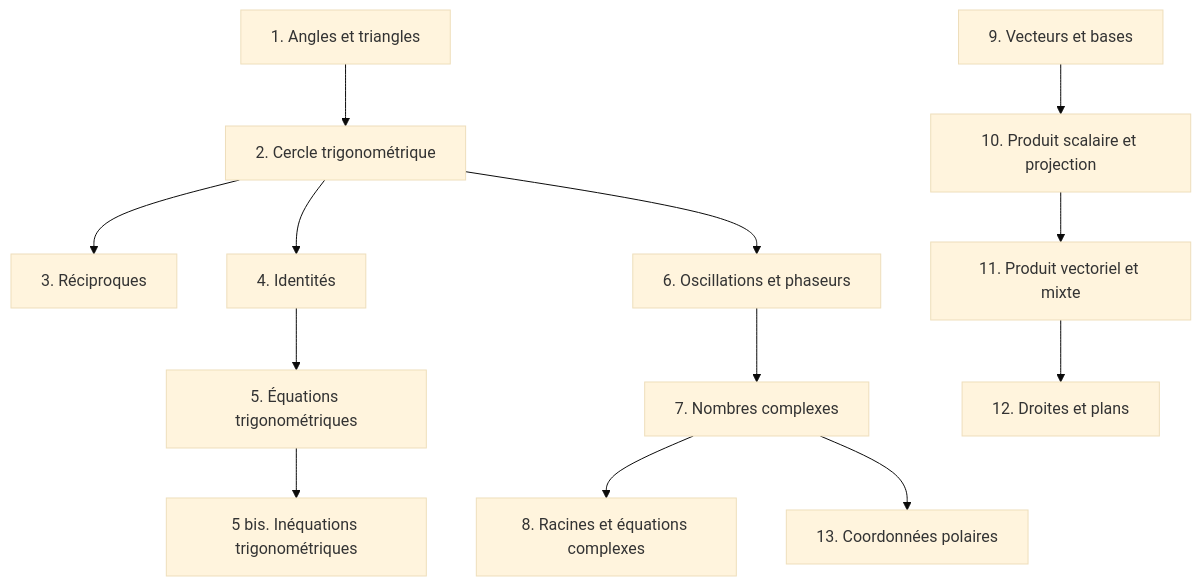
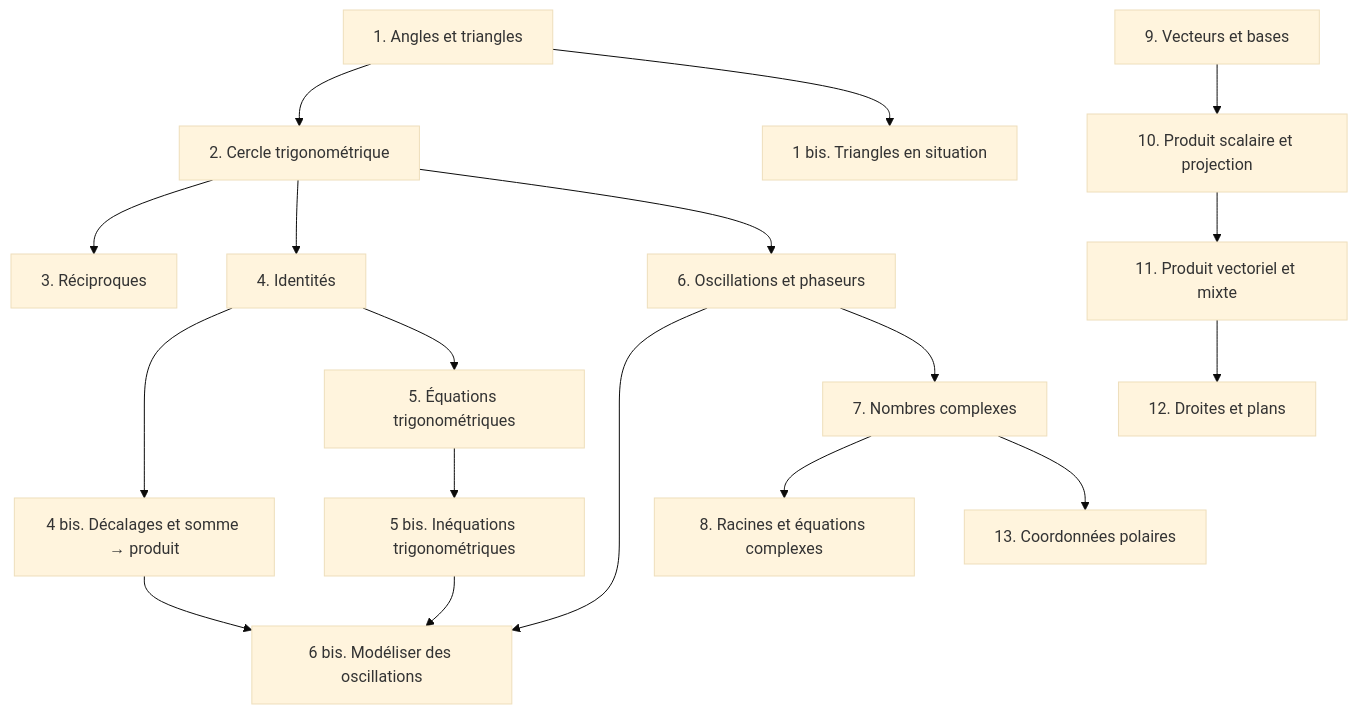
The diagram in maths/algebre/algebre.md (GoobyWoobies/HEIA-IT), drawn with Mermaid (base theme) before and after one commit. The commit also changed other lines of this file and 22 other files, not shown here.

````diff
--- a/maths/algebre/algebre.md
+++ b/maths/algebre/algebre.md
@@ -30,15 +33,20 @@
 ```mermaid
 flowchart TD
     A["1. Angles et triangles"] --> B["2. Cercle trigonométrique"]
+    A --> A2["1 bis. Triangles en situation"]
     B --> C["3. Réciproques"]
     B --> D["4. Identités"]
+    D --> D2["4 bis. Décalages et somme → produit"]
     D --> E["5. Équations trigonométriques"]
     E --> E2["5 bis. Inéquations trigonométriques"]
     B --> F["6. Oscillations et phaseurs"]
+    F --> F2["6 bis. Modéliser des oscillations"]
+    D2 --> F2
+    E2 --> F2
     F --> G["7. Nombres complexes"]
     G --> H["8. Racines et équations complexes"]
     G --> M["13. Coordonnées polaires"]
     I["9. Vecteurs et bases"] --> J["10. Produit scalaire et projection"]
     J --> K["11. Produit vectoriel et mixte"]
     K --> L["12. Droites et plans"]
 ```
````
